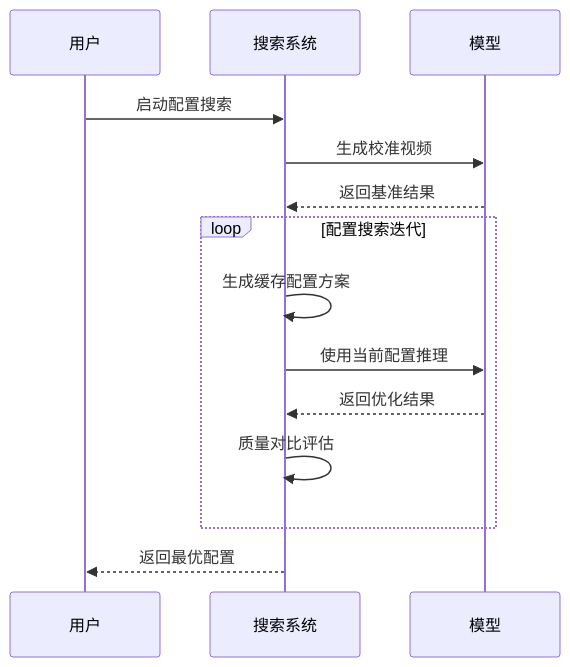
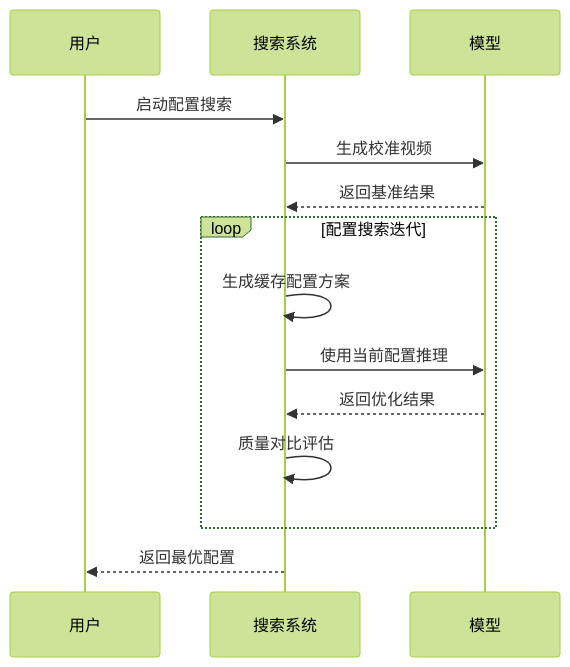
Before and after one commit to Keithwwa/ModelSlim: the first of 3 diagrams in docs/zh/feature_guide/traditional_quantization_v0/inference_optimization_for_multimodal_generative_model.md, drawn with Mermaid. The commit also changed other lines of this file and 19 other files, not shown here.

````diff
--- a/docs/zh/feature_guide/traditional_quantization_v0/inference_optimization_for_multimodal_generative_model.md
+++ b/docs/zh/feature_guide/traditional_quantization_v0/inference_optimization_for_multimodal_generative_model.md
@@ -65,17 +64,18 @@
 ```mermaid
+%%{init: {'theme': 'forest'}}%%
 sequenceDiagram
     participant U as 用户
     participant S as 搜索系统
     participant M as 模型
     
     U->>S: 启动配置搜索
     S->>M: 生成校准视频
     M-->>S: 返回基准结果
     loop 配置搜索迭代
         S->>S: 生成缓存配置方案
         S->>M: 使用当前配置推理
         M-->>S: 返回优化结果
         S->>S: 质量对比评估
     end
     S-->>U: 返回最优配置
 ```
````
